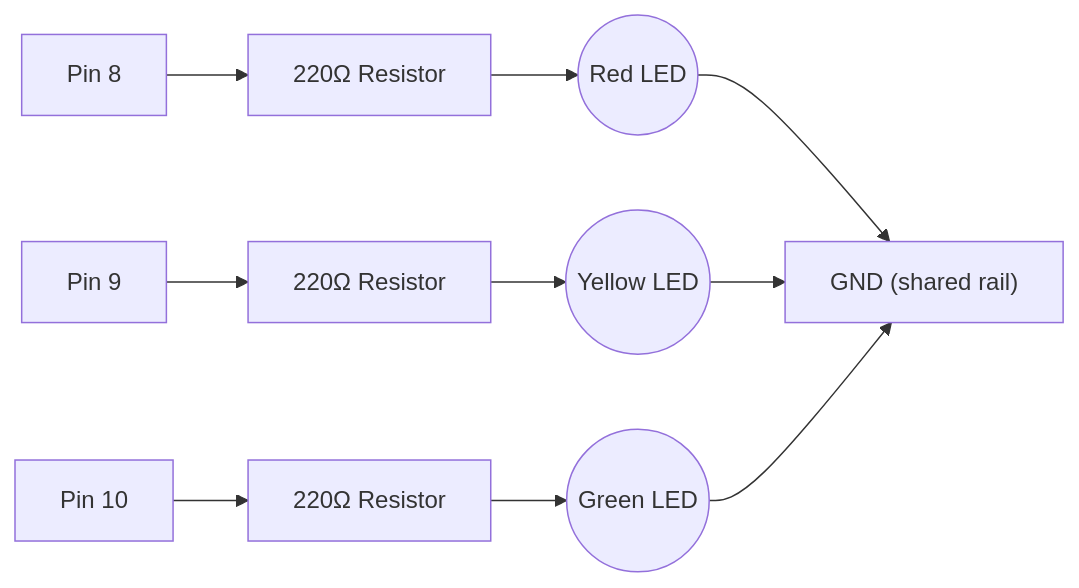
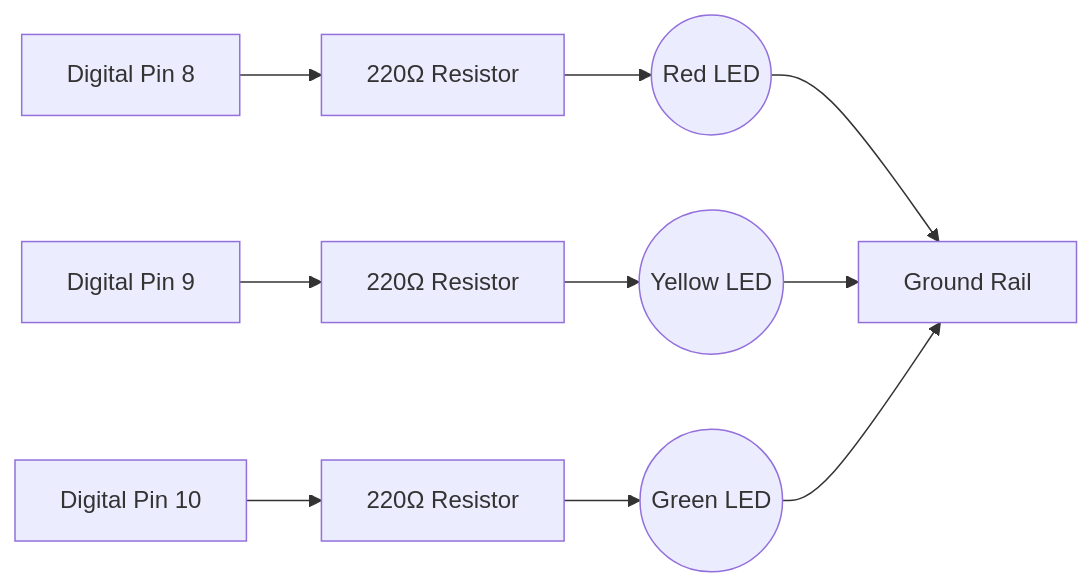
One commit to jithurx/learn changed the fifth of 9 diagrams in src/content/docs/posts/intro-to-hardware/index.md. Above: the diagram before and after it, drawn with Mermaid. The commit also changed other lines of this file, not shown here.

````diff
--- a/src/content/docs/posts/intro-to-hardware/index.md
+++ b/src/content/docs/posts/intro-to-hardware/index.md
@@ -231,6 +226,6 @@
 ```mermaid
 flowchart LR
-    P8["Pin 8"] --> R1["220Ω Resistor"] --> L1(("Red LED")) --> GND["GND (shared rail)"]
-    P9["Pin 9"] --> R2["220Ω Resistor"] --> L2(("Yellow LED")) --> GND
-    P10["Pin 10"] --> R3["220Ω Resistor"] --> L3(("Green LED")) --> GND
+    P8["Digital Pin 8"] --> R1["220Ω Resistor"] --> L1(("Red LED")) --> GND["Ground Rail"]
+    P9["Digital Pin 9"] --> R2["220Ω Resistor"] --> L2(("Yellow LED")) --> GND
+    P10["Digital Pin 10"] --> R3["220Ω Resistor"] --> L3(("Green LED")) --> GND
 ```
````
